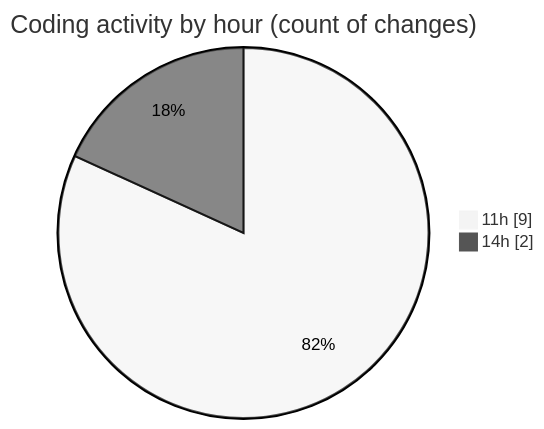
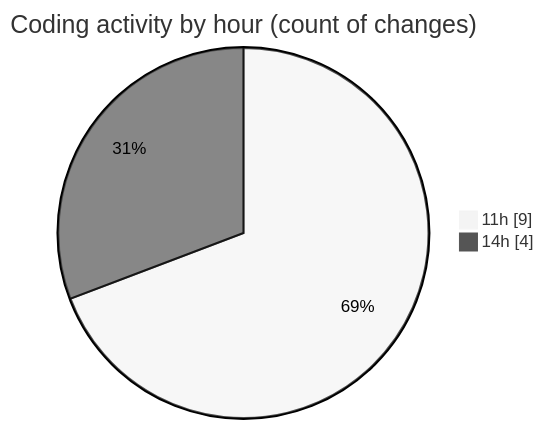
The second of 2 diagrams in 2025-11-15/usr_aleoudev_fr__workspace_/README.md (julien-gomy/code-tracking), drawn with Mermaid (neutral theme) before and after one commit. The commit also changed other lines of this file and 1 other file, not shown here.

````diff
--- a/2025-11-15/usr_aleoudev_fr__workspace_/README.md
+++ b/2025-11-15/usr_aleoudev_fr__workspace_/README.md
@@ -35,6 +35,6 @@
 ```mermaid
 pie showData
 title Coding activity by hour (count of changes)
 "11h" : 9
-"14h" : 2
+"14h" : 4
 ```
````
